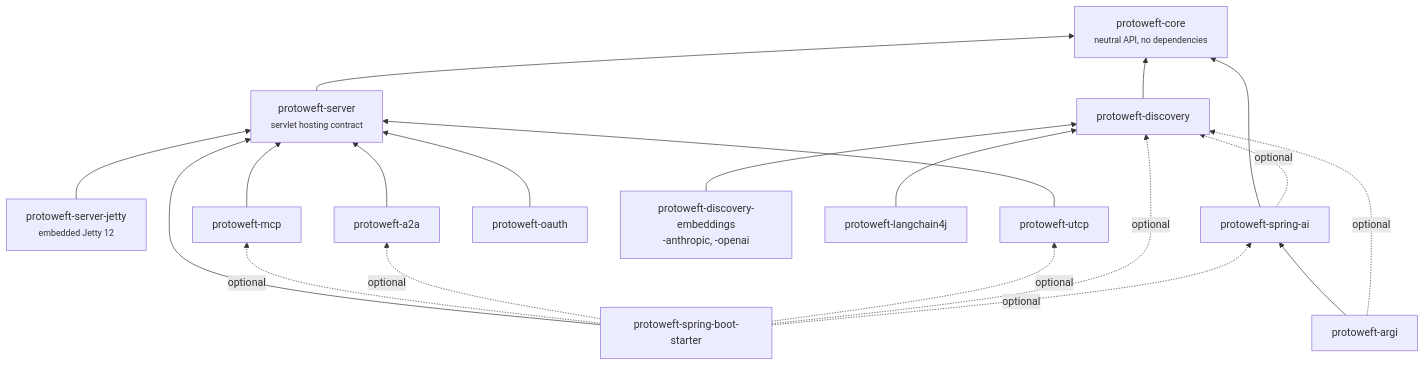
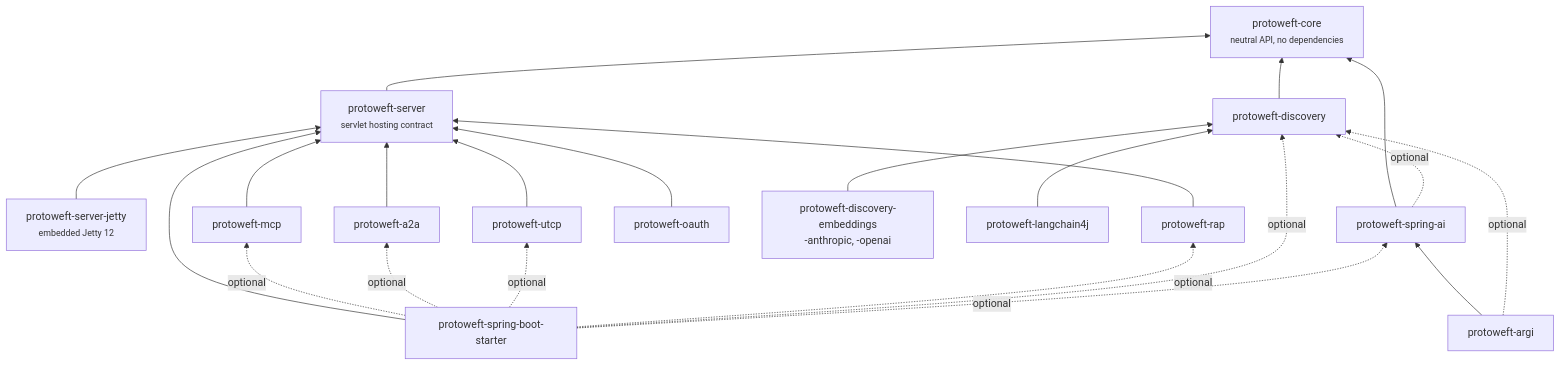
Before and after one commit to rahulbsw/protoweft: the diagram in docs/concepts/architecture.md, drawn with Mermaid. The commit also changed other lines of this file and 28 other files, not shown here.

Commit message:
Wire RAP into the Spring Boot starter, the gateway example and the documentation

````diff
--- a/docs/concepts/architecture.md
+++ b/docs/concepts/architecture.md
@@ -8,36 +8,39 @@
 ```mermaid
 flowchart BT
     core["protoweft-core<br/><small>neutral API, no dependencies</small>"]
     server["protoweft-server<br/><small>servlet hosting contract</small>"]
     jetty["protoweft-server-jetty<br/><small>embedded Jetty 12</small>"]
     mcp["protoweft-mcp"]
     a2a["protoweft-a2a"]
     utcp["protoweft-utcp"]
+    rap["protoweft-rap"]
     oauth["protoweft-oauth"]
     disc["protoweft-discovery"]
     discx["protoweft-discovery-embeddings<br/>-anthropic, -openai"]
     lc4j["protoweft-langchain4j"]
     sai["protoweft-spring-ai"]
     argi["protoweft-argi"]
     starter["protoweft-spring-boot-starter"]
 
     server --> core
     jetty --> server
     mcp --> server
     a2a --> server
     utcp --> server
+    rap --> server
     oauth --> server
     disc --> core
     discx --> disc
     lc4j --> disc
     sai --> core
     sai -. optional .-> disc
     argi --> sai
     argi -. optional .-> disc
     starter --> server
     starter -. optional .-> mcp
     starter -. optional .-> a2a
     starter -. optional .-> utcp
+    starter -. optional .-> rap
     starter -. optional .-> disc
     starter -. optional .-> sai
 ```
````
